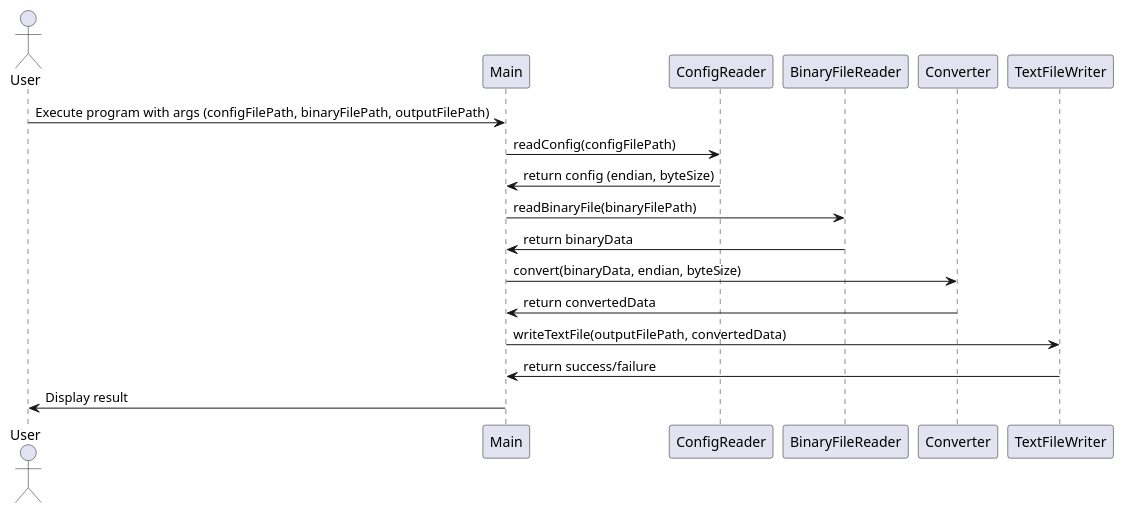
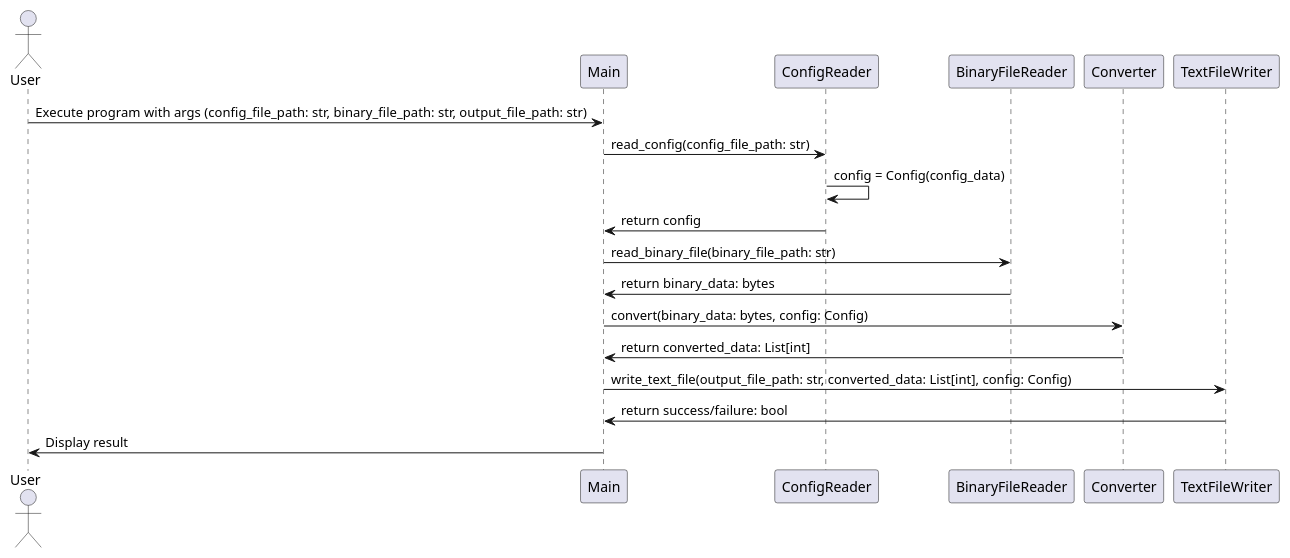
Before and after one commit to LastaVista/raw_image_converter: the diagram in raw_image_converter_シーケンス図.pu, drawn with PlantUML. The commit also changed 1 other file, not shown here.

Commit message:
クラス図，シーケンス図を修正．

```diff
--- a/raw_image_converter_シーケンス図.pu
+++ b/raw_image_converter_シーケンス図.pu
@@ -1,21 +1,22 @@
 @startuml raw_image_converter_シーケンス図
 
 actor User
 participant Main
 participant ConfigReader
 participant BinaryFileReader
 participant Converter
 participant TextFileWriter
 
-User -> Main: Execute program with args (configFilePath, binaryFilePath, outputFilePath)
-Main -> ConfigReader: readConfig(configFilePath)
-ConfigReader -> Main: return config (endian, byteSize)
-Main -> BinaryFileReader: readBinaryFile(binaryFilePath)
-BinaryFileReader -> Main: return binaryData
-Main -> Converter: convert(binaryData, endian, byteSize)
-Converter -> Main: return convertedData
-Main -> TextFileWriter: writeTextFile(outputFilePath, convertedData)
-TextFileWriter -> Main: return success/failure
+User -> Main: Execute program with args (config_file_path: str, binary_file_path: str, output_file_path: str)
+Main -> ConfigReader: read_config(config_file_path: str)
+ConfigReader -> ConfigReader: config = Config(config_data)
+ConfigReader -> Main: return config
+Main -> BinaryFileReader: read_binary_file(binary_file_path: str)
+BinaryFileReader -> Main: return binary_data: bytes
+Main -> Converter: convert(binary_data: bytes, config: Config)
+Converter -> Main: return converted_data: List[int]
+Main -> TextFileWriter: write_text_file(output_file_path: str, converted_data: List[int], config: Config)
+TextFileWriter -> Main: return success/failure: bool
 Main -> User: Display result
 
 @enduml
```
